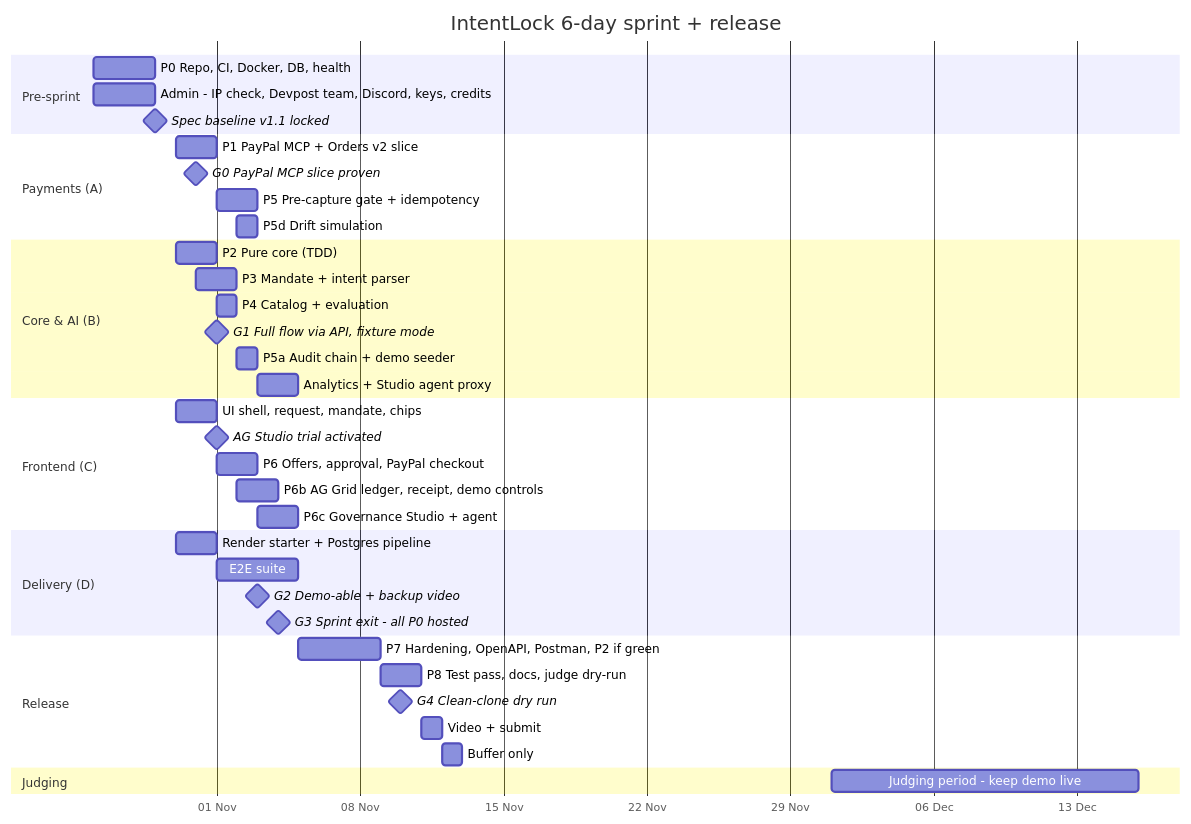
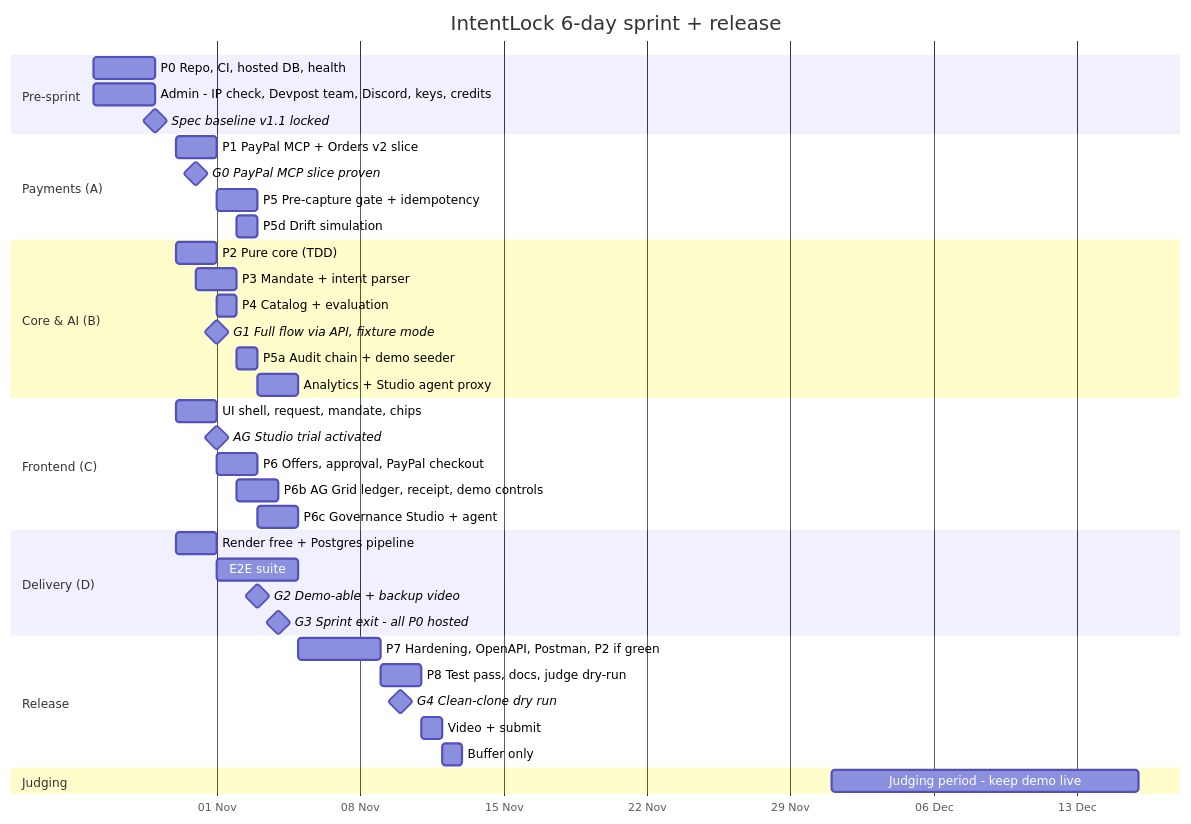
The diagram in spec/plan.md (rishiguptha54/paypal-hackathon), drawn with Mermaid before and after one commit. The commit also changed other lines of this file and 42 other files, not shown here.

````diff
--- a/spec/plan.md
+++ b/spec/plan.md
@@ -26,41 +26,41 @@
 ```mermaid
 gantt
   dateFormat  YYYY-MM-DD
   axisFormat  %d %b
   title IntentLock 6-day sprint + release
   section Pre-sprint
-  P0 Repo, CI, Docker, DB, health        :p0, 2026-10-26, 3d
+  P0 Repo, CI, hosted DB, health         :p0, 2026-10-26, 3d
   Admin - IP check, Devpost team, Discord, keys, credits :adm, 2026-10-26, 3d
   Spec baseline v1.1 locked              :milestone, sb, 2026-10-29, 0d
   section Payments (A)
   P1 PayPal MCP + Orders v2 slice        :p1, 2026-10-30, 2d
   G0 PayPal MCP slice proven             :milestone, g0, 2026-10-31, 0d
   P5 Pre-capture gate + idempotency      :p5, 2026-11-01, 2d
   P5d Drift simulation                   :p5d, 2026-11-02, 1d
   section Core & AI (B)
   P2 Pure core (TDD)                     :p2, 2026-10-30, 2d
   P3 Mandate + intent parser             :p3, 2026-10-31, 2d
   P4 Catalog + evaluation                :p4, 2026-11-01, 1d
   G1 Full flow via API, fixture mode     :milestone, g1, 2026-11-01, 0d
   P5a Audit chain + demo seeder          :p5a, 2026-11-02, 1d
   Analytics + Studio agent proxy         :b6, 2026-11-03, 2d
   section Frontend (C)
   UI shell, request, mandate, chips      :c1, 2026-10-30, 2d
   AG Studio trial activated              :milestone, ags, 2026-11-01, 0d
   P6 Offers, approval, PayPal checkout   :p6, 2026-11-01, 2d
   P6b AG Grid ledger, receipt, demo controls :p6b, 2026-11-02, 2d
   P6c Governance Studio + agent          :p6c, 2026-11-03, 2d
   section Delivery (D)
-  Render starter + Postgres pipeline     :d1, 2026-10-30, 2d
+  Render free + Postgres pipeline        :d1, 2026-10-30, 2d
   E2E suite                              :d2, 2026-11-01, 4d
   G2 Demo-able + backup video            :milestone, g2, 2026-11-03, 0d
   G3 Sprint exit - all P0 hosted         :milestone, g3, 2026-11-04, 0d
   section Release
   P7 Hardening, OpenAPI, Postman, P2 if green :p7, 2026-11-05, 4d
   P8 Test pass, docs, judge dry-run      :p8, 2026-11-09, 2d
   G4 Clean-clone dry run                 :milestone, g4, 2026-11-10, 0d
   Video + submit                         :v, 2026-11-11, 1d
   Buffer only                            :b, 2026-11-12, 1d
   section Judging
   Judging period - keep demo live        :jp, 2026-12-01, 15d
 ```
````
